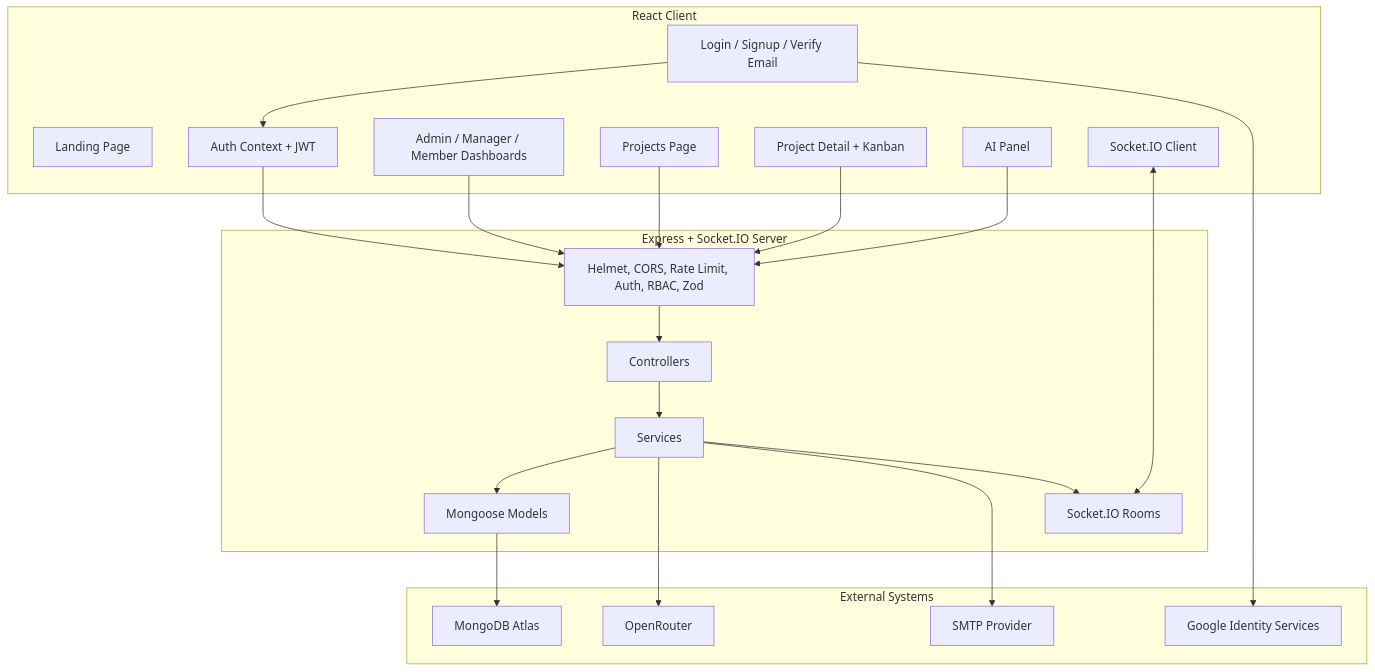
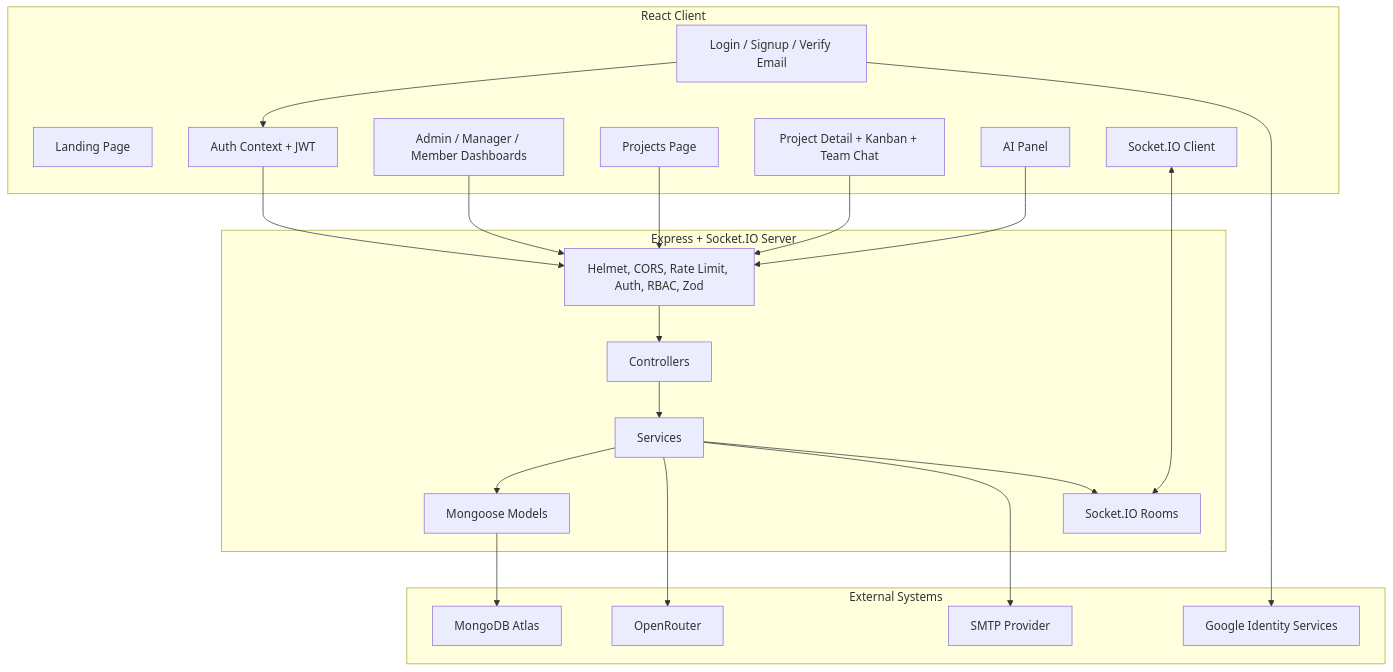
Before and after one commit to ashwanibaghel/WorkOS: the second of 6 diagrams in docs/HLD.md, drawn with Mermaid. The commit also changed other lines of this file and 14 other files, not shown here.

Commit message:
Add project team chat and finish flow

````diff
--- a/docs/HLD.md
+++ b/docs/HLD.md
@@ -58,41 +58,41 @@
 ```mermaid
 flowchart TB
   subgraph Client["React Client"]
     Landing["Landing Page"]
     AuthUI["Login / Signup / Verify Email"]
     AuthContext["Auth Context + JWT"]
     Dashboards["Admin / Manager / Member Dashboards"]
     Projects["Projects Page"]
-    ProjectDetail["Project Detail + Kanban"]
+    ProjectDetail["Project Detail + Kanban + Team Chat"]
     AIPanel["AI Panel"]
     SocketClient["Socket.IO Client"]
   end
 
   subgraph Server["Express + Socket.IO Server"]
     Middleware["Helmet, CORS, Rate Limit, Auth, RBAC, Zod"]
     Controllers["Controllers"]
     Services["Services"]
     Models["Mongoose Models"]
     SocketServer["Socket.IO Rooms"]
   end
 
   subgraph External["External Systems"]
     Mongo["MongoDB Atlas"]
     OpenRouter["OpenRouter"]
     Google["Google Identity Services"]
     SMTP["SMTP Provider"]
   end
 
   AuthUI --> AuthContext
   AuthContext --> Middleware
   Dashboards --> Middleware
   Projects --> Middleware
   ProjectDetail --> Middleware
   AIPanel --> Middleware
   SocketClient <--> SocketServer
   Middleware --> Controllers --> Services --> Models --> Mongo
   Services --> OpenRouter
   AuthUI --> Google
   Services --> SMTP
   Services --> SocketServer
 ```
````
